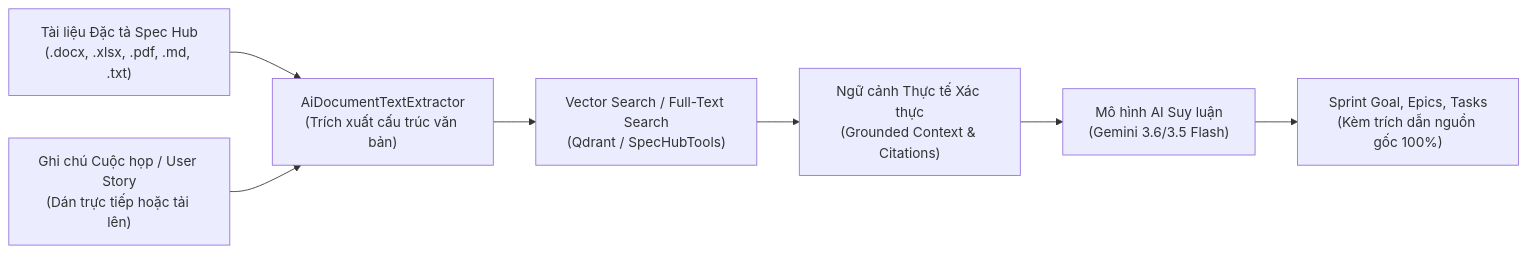
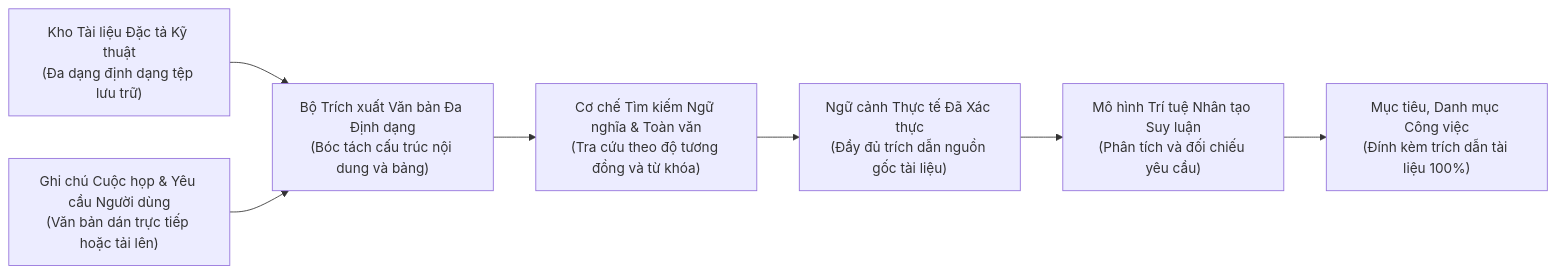
Before and after one commit to TranHoang2k40525/ProjectMgmt: the first of 3 diagrams in docs/ai/04-rag-va-spec-hub-grounding.md, drawn with Mermaid. The commit also changed other lines of this file and 6 other files, not shown here.

Commit message:
docs(ai): sanitize diagrams to architectural naming convention without code files, tech or method leakage

````diff
--- a/docs/ai/04-rag-va-spec-hub-grounding.md
+++ b/docs/ai/04-rag-va-spec-hub-grounding.md
@@ -19,10 +19,10 @@
 ```mermaid
 flowchart LR
-    Doc["Tài liệu Đặc tả Spec Hub\n(.docx, .xlsx, .pdf, .md, .txt)"] --> Extractor["AiDocumentTextExtractor\n(Trích xuất cấu trúc văn bản)"]
-    MeetingNotes["Ghi chú Cuộc họp / User Story\n(Dán trực tiếp hoặc tải lên)"] --> Extractor
+    Doc["Kho Tài liệu Đặc tả Kỹ thuật\n(Đa dạng định dạng tệp lưu trữ)"] --> Extractor["Bộ Trích xuất Văn bản Đa Định dạng\n(Bóc tách cấu trúc nội dung và bảng)"]
+    MeetingNotes["Ghi chú Cuộc họp & Yêu cầu Người dùng\n(Văn bản dán trực tiếp hoặc tải lên)"] --> Extractor
     
-    Extractor --> VectorStore["Vector Search / Full-Text Search\n(Qdrant / SpecHubTools)"]
-    VectorStore --> ContextPrompt["Ngữ cảnh Thực tế Xác thực\n(Grounded Context & Citations)"]
-    ContextPrompt --> LLM["Mô hình AI Suy luận\n(Gemini 3.6/3.5 Flash)"]
-    LLM --> VerifiedTasks["Sprint Goal, Epics, Tasks\n(Kèm trích dẫn nguồn gốc 100%)"]
+    Extractor --> VectorStore["Cơ chế Tìm kiếm Ngữ nghĩa & Toàn văn\n(Tra cứu theo độ tương đồng và từ khóa)"]
+    VectorStore --> ContextPrompt["Ngữ cảnh Thực tế Đã Xác thực\n(Đầy đủ trích dẫn nguồn gốc tài liệu)"]
+    ContextPrompt --> LLM["Mô hình Trí tuệ Nhân tạo Suy luận\n(Phân tích và đối chiếu yêu cầu)"]
+    LLM --> VerifiedTasks["Mục tiêu, Danh mục Công việc\n(Đính kèm trích dẫn tài liệu 100%)"]
 ```
````
